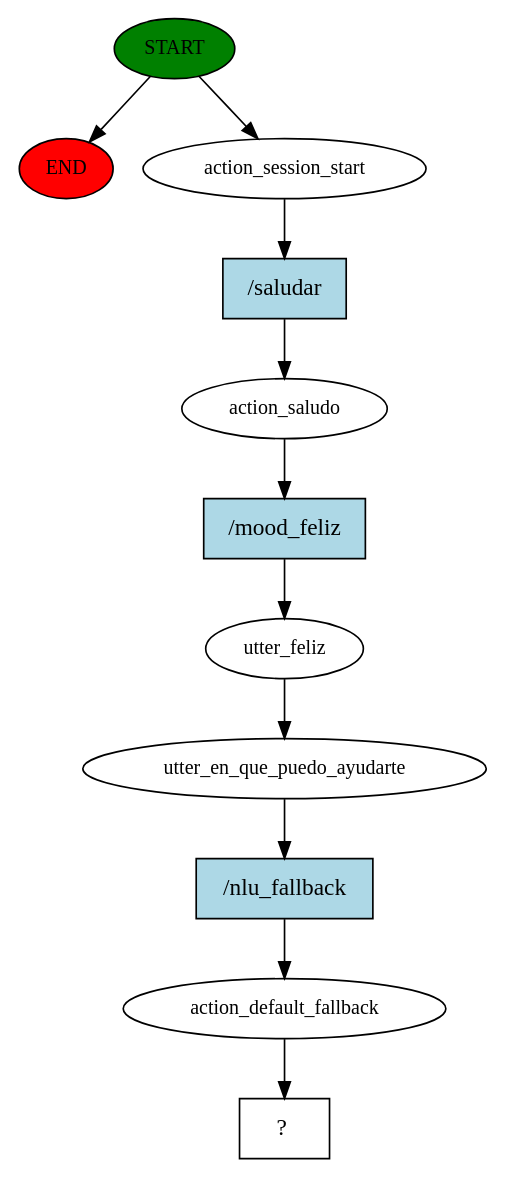
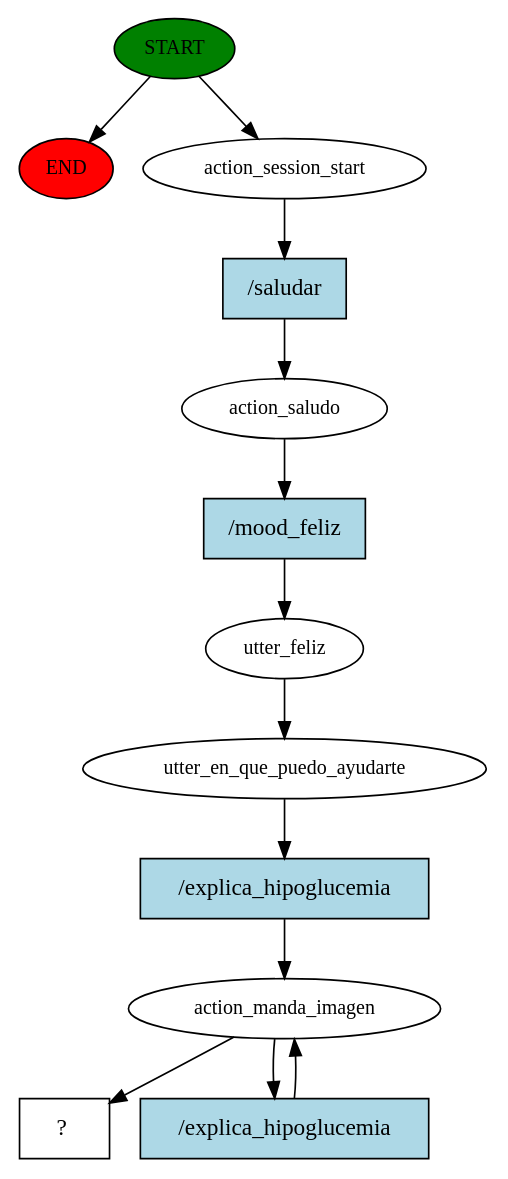
The diagram in story_graph.dot (GuillermoMejia22/ProyectoFinal), drawn with Graphviz before and after one commit. The commit also changed 323 other files, not shown here.

```diff
--- a/story_graph.dot
+++ b/story_graph.dot
@@ -1,23 +1,26 @@
 digraph  {
 0 [class="start active", fillcolor=green, fontsize=12, label=START, style=filled];
 "-1" [class=end, fillcolor=red, fontsize=12, label=END, style=filled];
 1 [class=active, fontsize=12, label=action_session_start];
 2 [class=active, fontsize=12, label=action_saludo];
 3 [class=active, fontsize=12, label=utter_feliz];
 4 [class=active, fontsize=12, label=utter_en_que_puedo_ayudarte];
-5 [class=active, fontsize=12, label=action_default_fallback];
-6 [class="intent dashed active", label="  ?  ", shape=rect];
-7 [class="intent active", fillcolor=lightblue, label="/saludar", shape=rect, style=filled];
-8 [class="intent active", fillcolor=lightblue, label="/mood_feliz", shape=rect, style=filled];
-9 [class="intent active", fillcolor=lightblue, label="/nlu_fallback", shape=rect, style=filled];
+5 [class=active, fontsize=12, label=action_manda_imagen];
+7 [class="intent dashed active", label="  ?  ", shape=rect];
+8 [class="intent active", fillcolor=lightblue, label="/saludar", shape=rect, style=filled];
+9 [class="intent active", fillcolor=lightblue, label="/mood_feliz", shape=rect, style=filled];
+10 [class="intent active", fillcolor=lightblue, label="/explica_hipoglucemia", shape=rect, style=filled];
+11 [class="intent active", fillcolor=lightblue, label="/explica_hipoglucemia", shape=rect, style=filled];
 0 -> "-1"  [class="", key=NONE, label=""];
 0 -> 1  [class=active, key=NONE, label=""];
-1 -> 7  [class=active, key=0];
-2 -> 8  [class=active, key=0];
+1 -> 8  [class=active, key=0];
+2 -> 9  [class=active, key=0];
 3 -> 4  [class=active, key=NONE, label=""];
-4 -> 9  [class=active, key=0];
-5 -> 6  [class=active, key=NONE, label=""];
-7 -> 2  [class=active, key=0];
-8 -> 3  [class=active, key=0];
-9 -> 5  [class=active, key=0];
+4 -> 10  [class=active, key=0];
+5 -> 7  [class=active, key=NONE, label=""];
+5 -> 11  [class=active, key=0];
+8 -> 2  [class=active, key=0];
+9 -> 3  [class=active, key=0];
+10 -> 5  [class=active, key=0];
+11 -> 5  [class=active, key=0];
 }
```
